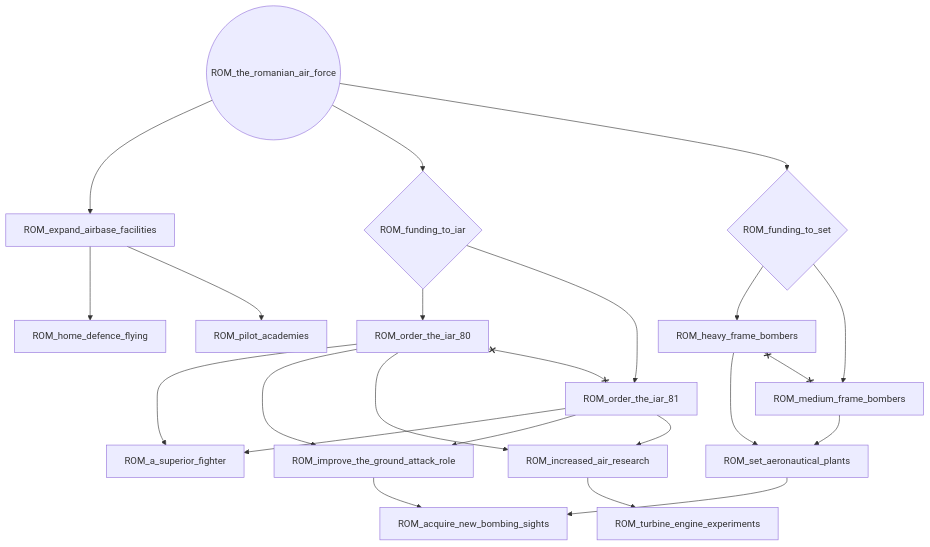
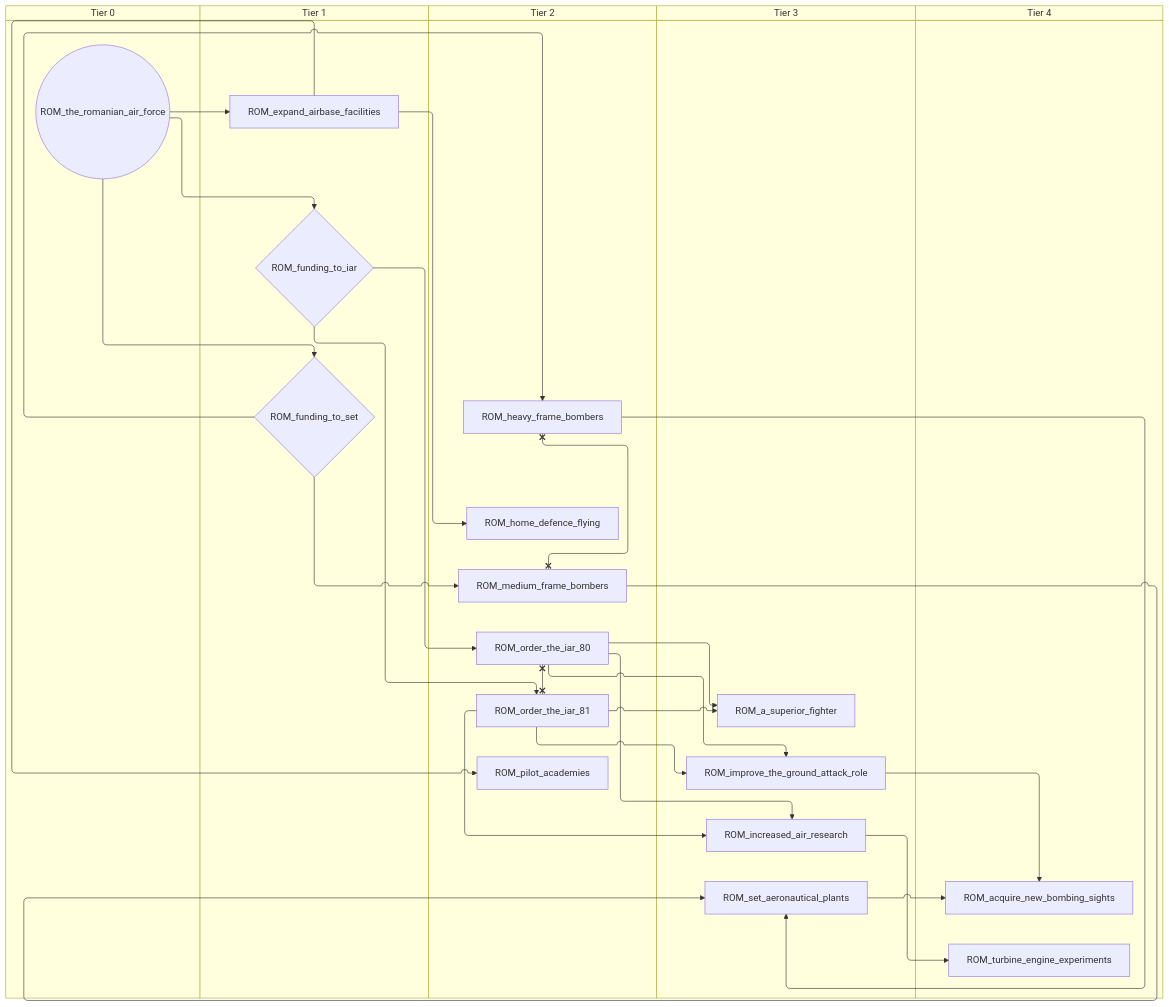
The fifth of 5 diagrams in docs/gdd/National Focuses/romania.md (evgeny-sobol/hoi4-sandbox-mode-r56), drawn with Mermaid before and after one commit. The commit also changed other lines of this file and 423 other files, not shown here.

First line of the commit message:
Re-export Rt56 focus trees as swimlane diagrams

````diff
--- a/docs/gdd/National Focuses/romania.md
+++ b/docs/gdd/National Focuses/romania.md
@@ -489,41 +563,51 @@
 ```mermaid
-flowchart TD
-    n202["ROM_a_superior_fighter"]
-    n203["ROM_acquire_new_bombing_sights"]
-    n204["ROM_expand_airbase_facilities"]
-    n205{"ROM_funding_to_iar"}
-    n206{"ROM_funding_to_set"}
-    n207["ROM_heavy_frame_bombers"]
-    n208["ROM_home_defence_flying"]
-    n209["ROM_improve_the_ground_attack_role"]
-    n210["ROM_increased_air_research"]
-    n211["ROM_medium_frame_bombers"]
-    n212["ROM_order_the_iar_80"]
-    n213["ROM_order_the_iar_81"]
-    n214["ROM_pilot_academies"]
-    n215["ROM_set_aeronautical_plants"]
-    n216(("ROM_the_romanian_air_force"))
-    n217["ROM_turbine_engine_experiments"]
-    n213 --> n202
-    n212 --> n202
-    n209 --> n203
-    n215 --> n203
-    n216 --> n204
-    n216 --> n205
-    n216 --> n206
-    n206 --> n207
-    n204 --> n208
-    n213 --> n209
-    n212 --> n209
-    n213 --> n210
-    n212 --> n210
-    n206 --> n211
-    n205 --> n212
-    n205 --> n213
-    n204 --> n214
-    n207 --> n215
-    n211 --> n215
-    n210 --> n217
-    n207 x--x n211
-    n212 x--x n213
+swimlane-beta TD
+    subgraph tier_0["Tier 0"]
+        n202(("ROM_the_romanian_air_force"))
+    end
+    subgraph tier_1["Tier 1"]
+        n203["ROM_expand_airbase_facilities"]
+        n204{"ROM_funding_to_iar"}
+        n205{"ROM_funding_to_set"}
+    end
+    subgraph tier_2["Tier 2"]
+        n206["ROM_heavy_frame_bombers"]
+        n207["ROM_home_defence_flying"]
+        n208["ROM_medium_frame_bombers"]
+        n209["ROM_order_the_iar_80"]
+        n210["ROM_order_the_iar_81"]
+        n211["ROM_pilot_academies"]
+    end
+    subgraph tier_3["Tier 3"]
+        n212["ROM_a_superior_fighter"]
+        n213["ROM_improve_the_ground_attack_role"]
+        n214["ROM_increased_air_research"]
+        n215["ROM_set_aeronautical_plants"]
+    end
+    subgraph tier_4["Tier 4"]
+        n216["ROM_acquire_new_bombing_sights"]
+        n217["ROM_turbine_engine_experiments"]
+    end
+    n210 --> n212
+    n209 --> n212
+    n213 --> n216
+    n215 --> n216
+    n202 --> n203
+    n202 --> n204
+    n202 --> n205
+    n205 --> n206
+    n203 --> n207
+    n210 --> n213
+    n209 --> n213
+    n210 --> n214
+    n209 --> n214
+    n205 --> n208
+    n204 --> n209
+    n204 --> n210
+    n203 --> n211
+    n206 --> n215
+    n208 --> n215
+    n214 --> n217
+    n206 x--x n208
+    n209 x--x n210
 ```
````
